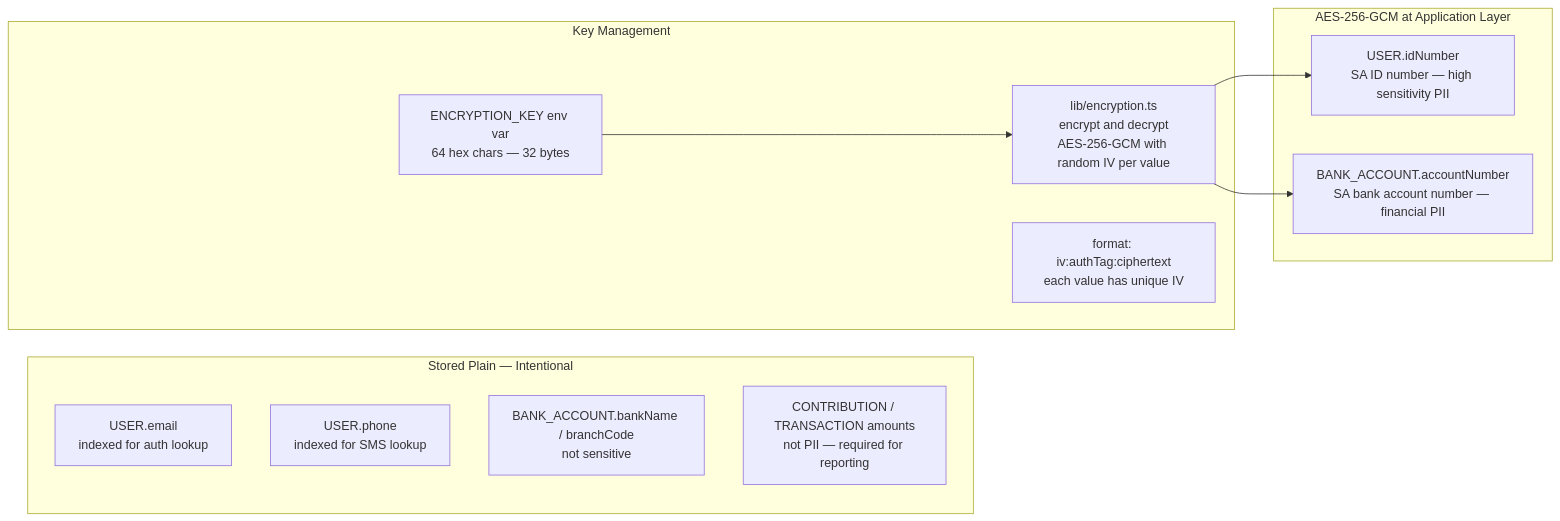
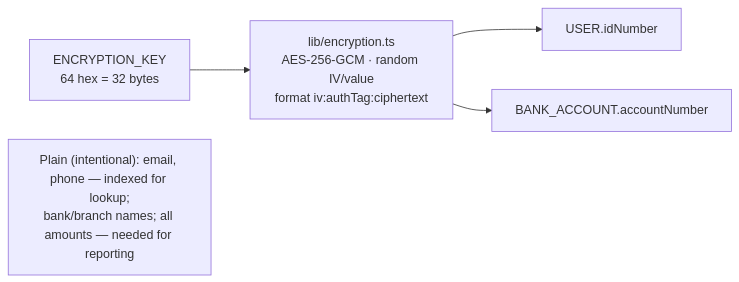
One commit to KSDRILL-SA/Xkimi-Xa-Mali changed the fifth of 5 diagrams in docs/database/01-erd.md. Above: the diagram before and after it, drawn with Mermaid. The commit also changed other lines of this file and 2 other files, not shown here.

First line of the commit message:
docs: refresh database docs for the full 34-model schema (#189)

````diff
--- a/docs/database/01-erd.md
+++ b/docs/database/01-erd.md
@@ -252,22 +174,7 @@
 ```mermaid
 flowchart LR
-    subgraph ENCRYPTED["AES-256-GCM at Application Layer"]
-        E1["USER.idNumber\nSA ID number — high sensitivity PII"]
-        E2["BANK_ACCOUNT.accountNumber\nSA bank account number — financial PII"]
-    end
-
-    subgraph PLAIN["Stored Plain — Intentional"]
-        P1["USER.email\nindexed for auth lookup"]
-        P2["USER.phone\nindexed for SMS lookup"]
-        P3["BANK_ACCOUNT.bankName / branchCode\nnot sensitive"]
-        P4["CONTRIBUTION / TRANSACTION amounts\nnot PII — required for reporting"]
-    end
-
-    subgraph KEY_MGMT["Key Management"]
-        K1["ENCRYPTION_KEY env var\n64 hex chars — 32 bytes"]
-        K2["lib/encryption.ts\nencrypt and decrypt\nAES-256-GCM with random IV per value"]
-        K3["format: iv:authTag:ciphertext\neach value has unique IV"]
-    end
-
-    K1 --> K2 --> E1 & E2
+    KEY["ENCRYPTION_KEY<br/>64 hex = 32 bytes"] --> ENC["lib/encryption.ts<br/>AES-256-GCM · random IV/value<br/>format iv:authTag:ciphertext"]
+    ENC --> F1["USER.idNumber"]
+    ENC --> F2["BANK_ACCOUNT.accountNumber"]
+    PLAIN["Plain (intentional): email, phone — indexed for lookup;<br/>bank/branch names; all amounts — needed for reporting"]
 ```
````
